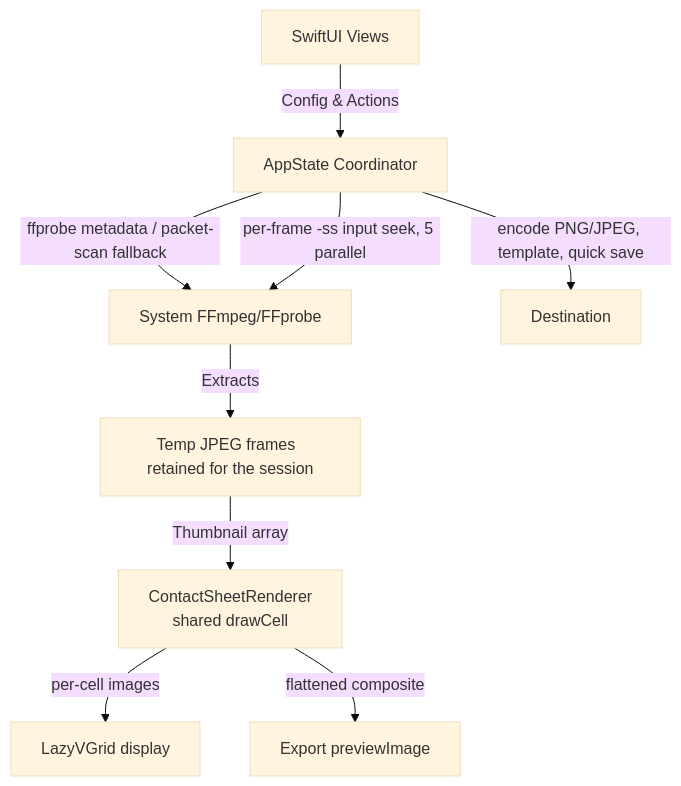
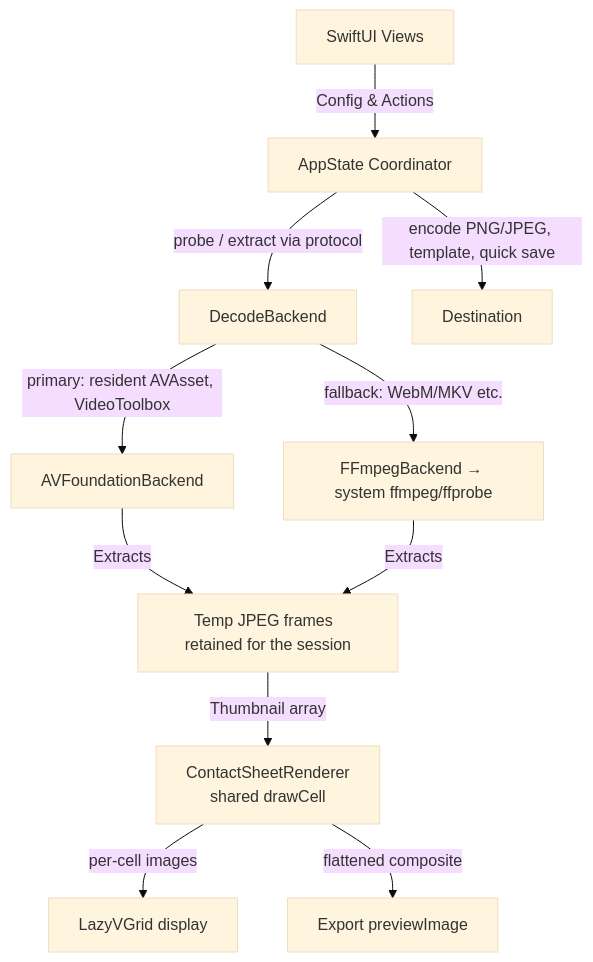
One commit to kni927/FrameSheet changed the diagram in docs/ARCHITECTURE.md. Above: the diagram before and after it, drawn with Mermaid (base theme). The commit also changed other lines of this file and 2 other files, not shown here.

First line of the commit message:
docs: wrap up AVFoundation decode backend (decisions, architecture)

````diff
--- a/docs/ARCHITECTURE.md
+++ b/docs/ARCHITECTURE.md
@@ -7,11 +7,13 @@
 ```mermaid
 graph TD
     A[SwiftUI Views] -->|Config & Actions| B[AppState Coordinator]
-    B -->|ffprobe metadata / packet-scan fallback| D[System FFmpeg/FFprobe]
-    B -->|"per-frame -ss input seek, 5 parallel"| D
-    D -->|Extracts| E[Temp JPEG frames  retained for the session]
+    B -->|probe / extract via protocol| P[DecodeBackend]
+    P -->|primary: resident AVAsset, VideoToolbox| AV[AVFoundationBackend]
+    P -->|fallback: WebM/MKV etc.| FF[FFmpegBackend → system ffmpeg/ffprobe]
+    AV -->|Extracts| E[Temp JPEG frames  retained for the session]
+    FF -->|Extracts| E
     E -->|Thumbnail array| G[ContactSheetRenderer<br/>shared drawCell]
     G -->|per-cell images| H[LazyVGrid display]
     G -->|flattened composite| I[Export previewImage]
     B -->|encode PNG/JPEG, template, quick save| F[Destination]
 ```
````
